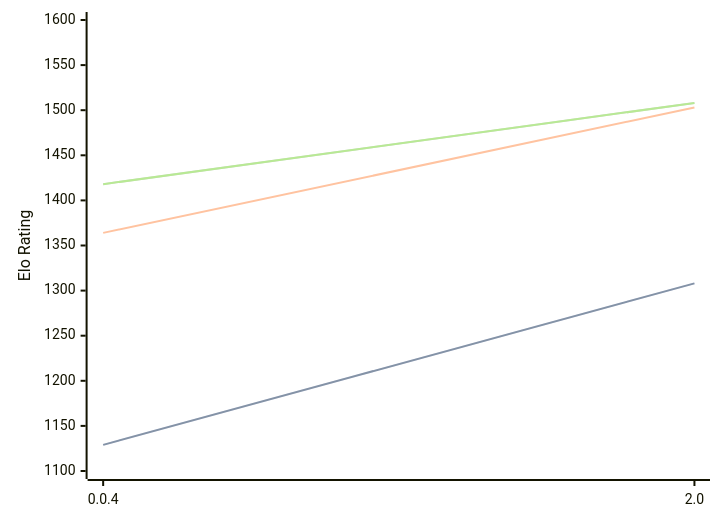
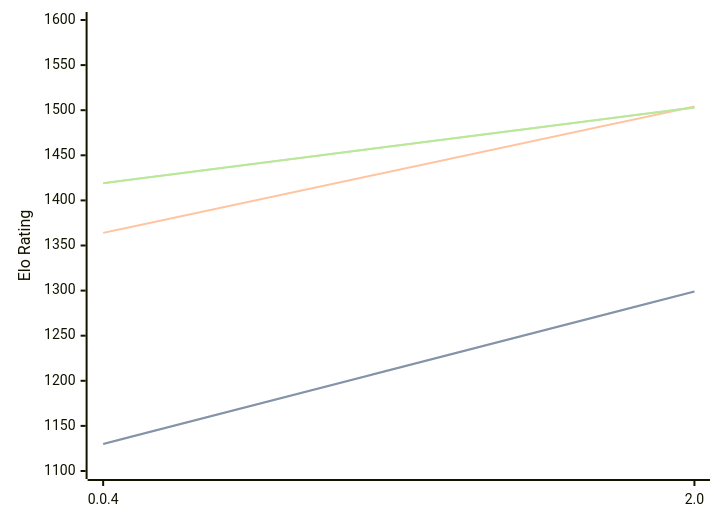
The diagram in engines/Oops!Mate.md (computer-chess-index/cci), drawn with Mermaid before and after one commit. The commit also changed other lines of this file, not shown here.

Commit message:
Update CCI Ratings (ELO VLTC) - 2026-03-14

````diff
--- a/engines/Oops!Mate.md
+++ b/engines/Oops!Mate.md
@@ -49,11 +49,11 @@
 ```mermaid
 %%{init: {"theme":"base","themeVariables":{"seriesColors:['#a3a3a3','#222221','#faa371']}}}%%
 xychart-beta
   x-axis ["0.0.4", "2.0"]
   y-axis "Elo Rating" 1100 --> 1600
-  line "STC (8.0+0.08s)" [1129, 1308]
-  line "STC (8.0+0.08s)" [1129, 1308]
-  line "LTC (60.0+0.60s)" [1364, 1503]
-  line "VLTC (2m24s+1.12s)" [1418, 1508]
-  line "VLTC (2m24s+1.12s)" [1418, 1508]
+  line "STC (8.0+0.08s)" [1130, 1299]
+  line "STC (8.0+0.08s)" [1130, 1299]
+  line "LTC (60.0+0.60s)" [1364, 1504]
+  line "VLTC (2m24s+1.12s)" [1419, 1503]
+  line "VLTC (2m24s+1.12s)" [1419, 1503]
 ```
````
